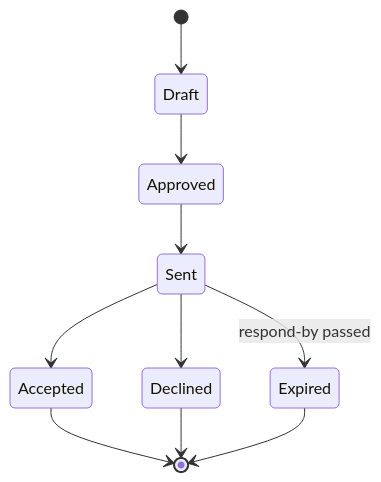
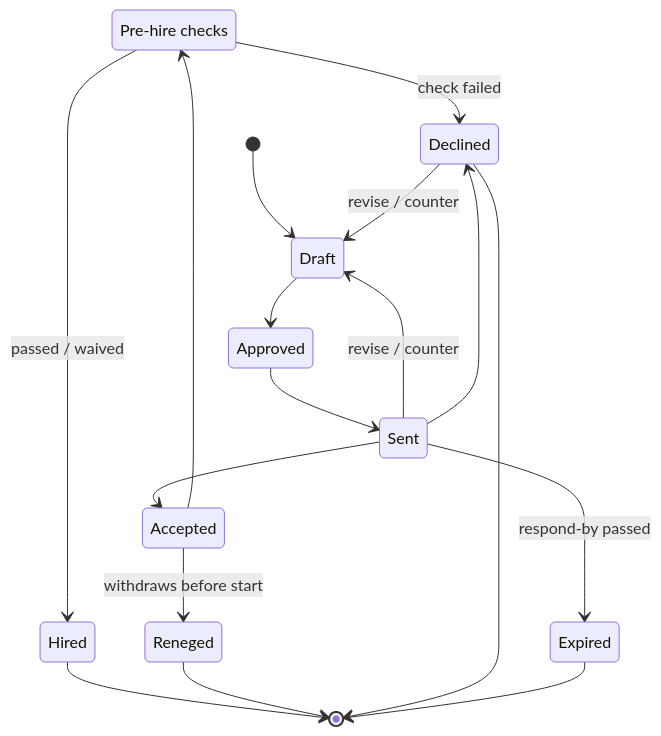
Before and after one commit to Seta-International/agent-platform: the tenth of 11 diagrams in docs/modules/Hiring-PRD.md, drawn with Mermaid. The commit also changed other lines of this file and 5 other files, not shown here.

````diff
--- a/docs/modules/Hiring-PRD.md
+++ b/docs/modules/Hiring-PRD.md
@@ -418,12 +487,20 @@
 ```mermaid
 stateDiagram-v2
+  state "Pre-hire checks" as Checks
   [*] --> Draft
   Draft --> Approved
   Approved --> Sent
+  Sent --> Draft: revise / counter
   Sent --> Accepted
   Sent --> Declined
   Sent --> Expired: respond-by passed
-  Accepted --> [*]
+  Declined --> Draft: revise / counter
+  Accepted --> Checks
+  Checks --> Hired: passed / waived
+  Checks --> Declined: check failed
+  Accepted --> Reneged: withdraws before start
+  Hired --> [*]
+  Reneged --> [*]
   Declined --> [*]
   Expired --> [*]
 ```
````
